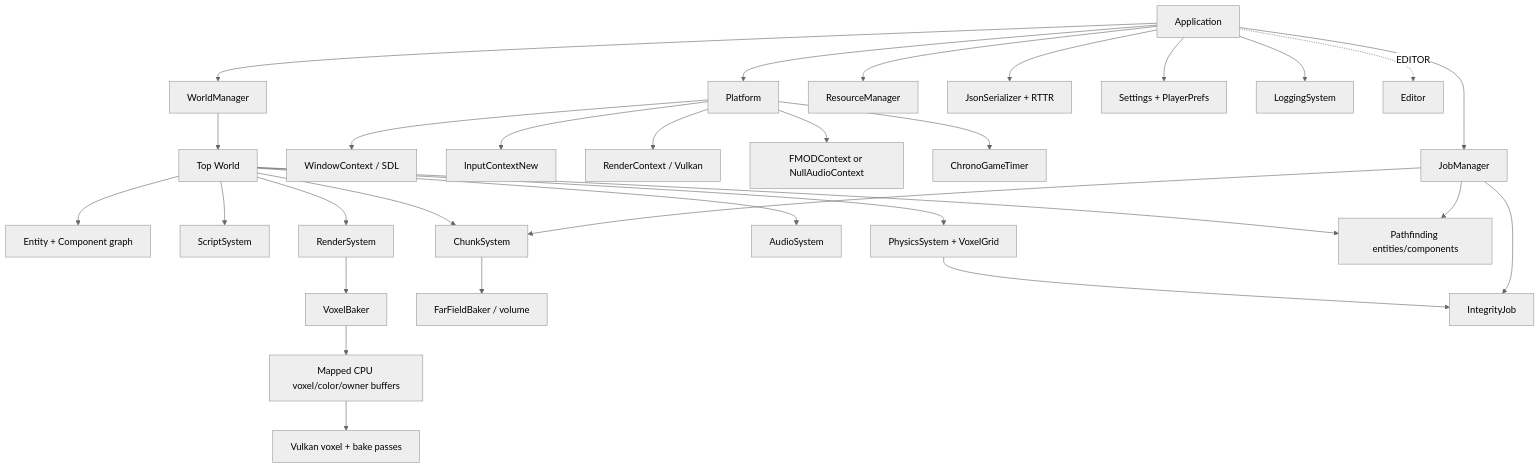
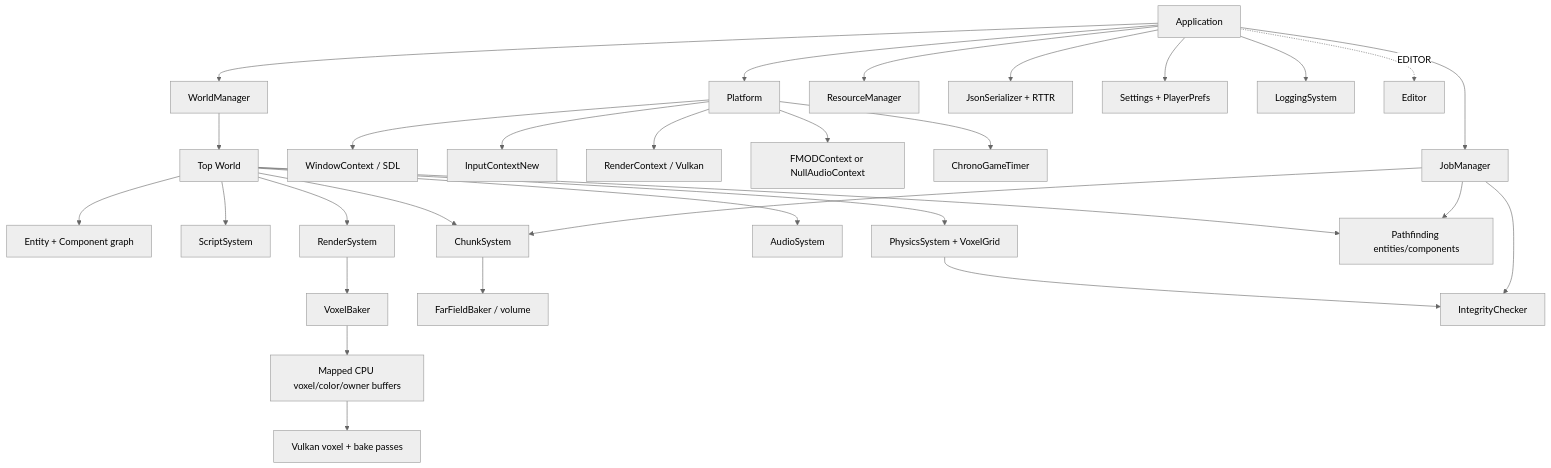
Before and after one commit to arthur-k-dev/Voxagine: the diagram in Docs/AI_ENGINE_INDEX/ARCHITECTURE.md, drawn with Mermaid (neutral theme). The commit also changed other lines of this file and 33 other files, not shown here.

````diff
--- a/Docs/AI_ENGINE_INDEX/ARCHITECTURE.md
+++ b/Docs/AI_ENGINE_INDEX/ARCHITECTURE.md
@@ -17,35 +17,35 @@
 ```mermaid
 flowchart TD
     App["Application"] --> WM["WorldManager"]
     App --> Platform["Platform"]
     App --> Jobs["JobManager"]
     App --> Resources["ResourceManager"]
     App --> Serializer["JsonSerializer + RTTR"]
     App --> Settings["Settings + PlayerPrefs"]
     App --> Logging["LoggingSystem"]
     App -. EDITOR .-> Editor["Editor"]
 
     Platform --> Window["WindowContext / SDL"]
     Platform --> Input["InputContextNew"]
     Platform --> Render["RenderContext / Vulkan"]
     Platform --> Audio["FMODContext or NullAudioContext"]
     Platform --> Timers["ChronoGameTimer"]
 
     WM --> World["Top World"]
     World --> Entities["Entity + Component graph"]
     World --> Script["ScriptSystem"]
     World --> Physics["PhysicsSystem + VoxelGrid"]
     World --> Chunk["ChunkSystem"]
     World --> WorldAudio["AudioSystem"]
     World --> WorldRender["RenderSystem"]
     World --> Path["Pathfinding entities/components"]
 
     WorldRender --> Baker["VoxelBaker"]
     Baker --> CPUGrid["Mapped CPU voxel/color/owner buffers"]
     CPUGrid --> GPU["Vulkan voxel + bake passes"]
     Chunk --> FarField["FarFieldBaker / volume"]
-    Physics --> Integrity["IntegrityJob"]
+    Physics --> Integrity["IntegrityChecker"]
     Jobs --> Integrity
     Jobs --> Chunk
     Jobs --> Path
 ```
````
